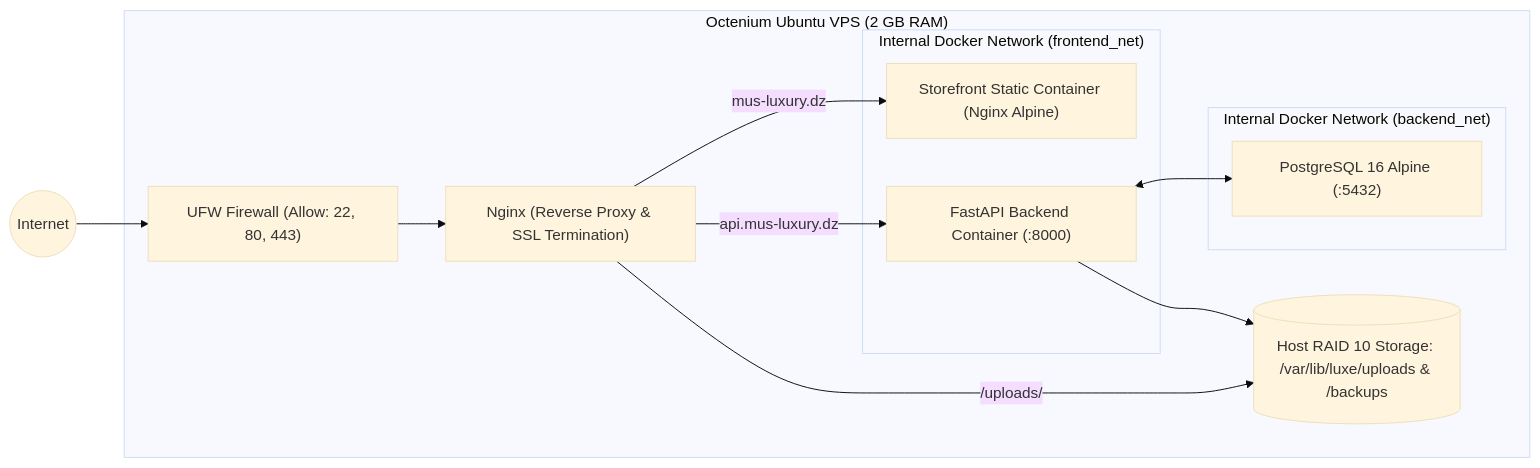
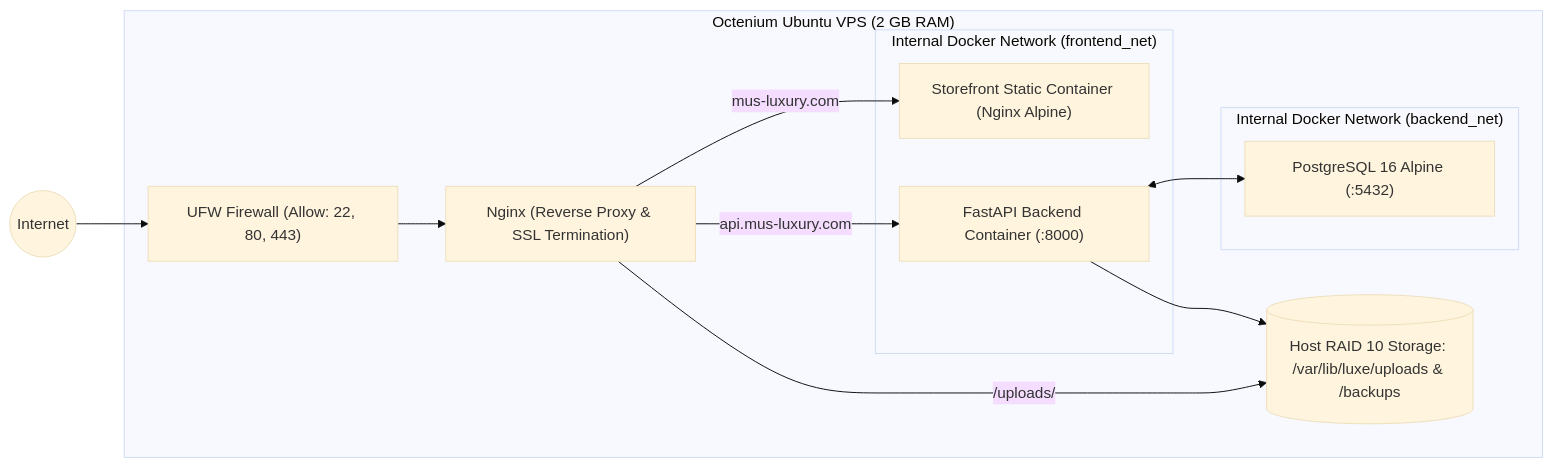
One commit to kairo192/mux-Luxury- changed the second of 2 diagrams in docs/FULL_AUDIT_AND_DEPLOYMENT_DISCOVERY.md. Above: the diagram before and after it, drawn with Mermaid (base theme). The commit also changed other lines of this file and 5 other files, not shown here.

Commit message:
docs: align all documentation and verification reports with mus-luxury.com and 242 passing tests

````diff
--- a/docs/FULL_AUDIT_AND_DEPLOYMENT_DISCOVERY.md
+++ b/docs/FULL_AUDIT_AND_DEPLOYMENT_DISCOVERY.md
@@ -351,25 +351,25 @@
 ```mermaid
 flowchart LR
     subgraph Host ["Octenium Ubuntu VPS (2 GB RAM)"]
         UFW["UFW Firewall (Allow: 22, 80, 443)"]
         NginxHost["Nginx (Reverse Proxy & SSL Termination)"]
         
         subgraph DockerBridge ["Internal Docker Network (frontend_net)"]
             SF["Storefront Static Container (Nginx Alpine)"]
             API["FastAPI Backend Container (:8000)"]
         end
         
         subgraph InternalNet ["Internal Docker Network (backend_net)"]
             PG["PostgreSQL 16 Alpine (:5432)"]
         end
         
         HostStorage[("Host RAID 10 Storage: /var/lib/luxe/uploads & /backups")]
     end
     
     Internet((Internet)) --> UFW --> NginxHost
-    NginxHost -->|mus-luxury.dz| SF
-    NginxHost -->|api.mus-luxury.dz| API
+    NginxHost -->|mus-luxury.com| SF
+    NginxHost -->|api.mus-luxury.com| API
     NginxHost -->|/uploads/| HostStorage
     API <--> PG
     API --> HostStorage
 ```
````
